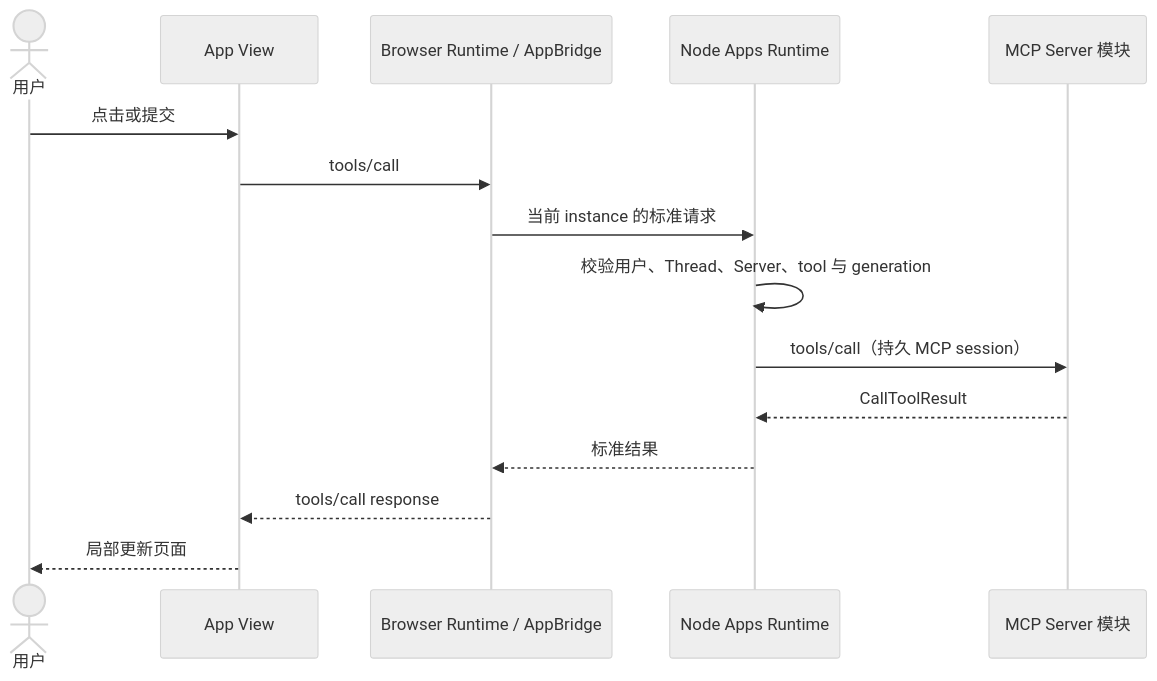
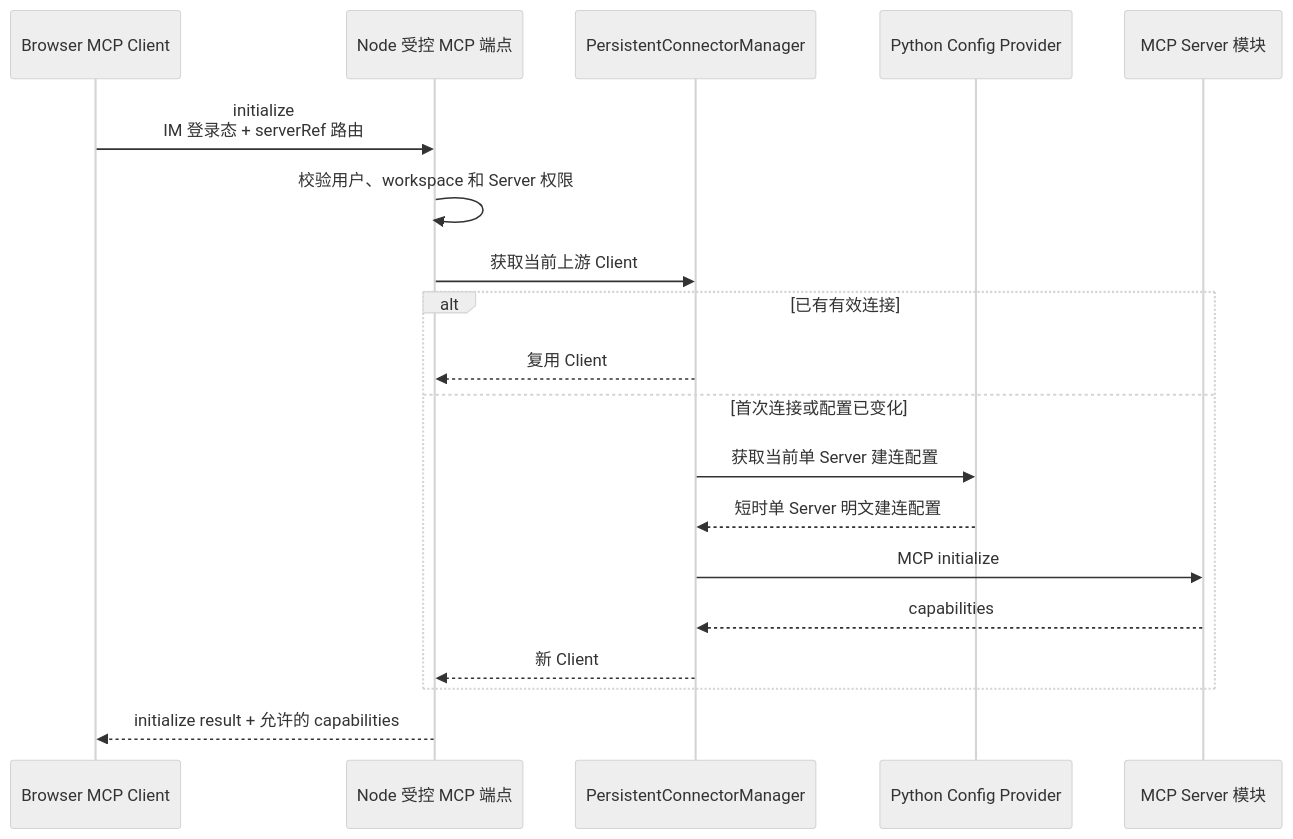
Before and after one commit to glide-the/im-dream: the second of 2 diagrams in docs/design/claude-agent/mcp-apps-node-runtime-bridge.md, drawn with Mermaid (neutral theme). The commit also changed other lines of this file and 7 other files, not shown here.

Commit message:
docs: converge MCP Apps host design

````diff
--- a/docs/design/claude-agent/mcp-apps-node-runtime-bridge.md
+++ b/docs/design/claude-agent/mcp-apps-node-runtime-bridge.md
@@ -176,18 +139,22 @@
 ```mermaid
 sequenceDiagram
-    actor U as 用户
-    participant V as App View
-    participant B as Browser Runtime / AppBridge
-    participant N as Node Apps Runtime
+    participant B as Browser MCP Client
+    participant E as Node 受控 MCP 端点
+    participant M as PersistentConnectorManager
+    participant P as Python Config Provider
     participant S as MCP Server 模块
 
-    U->>V: 点击或提交
-    V->>B: tools/call
-    B->>N: 当前 instance 的标准请求
-    N->>N: 校验用户、Thread、Server、tool 与 generation
-    N->>S: tools/call（持久 MCP session）
-    S-->>N: CallToolResult
-    N-->>B: 标准结果
-    B-->>V: tools/call response
-    V-->>U: 局部更新页面
+    B->>E: initialize<br/>IM 登录态 + serverRef 路由
+    E->>E: 校验用户、workspace 和 Server 权限
+    E->>M: 获取当前上游 Client
+    alt 已有有效连接
+        M-->>E: 复用 Client
+    else 首次连接或配置已变化
+        M->>P: 获取当前单 Server 建连配置
+        P-->>M: 短时单 Server 明文建连配置
+        M->>S: MCP initialize
+        S-->>M: capabilities
+        M-->>E: 新 Client
+    end
+    E-->>B: initialize result + 允许的 capabilities
 ```
````
